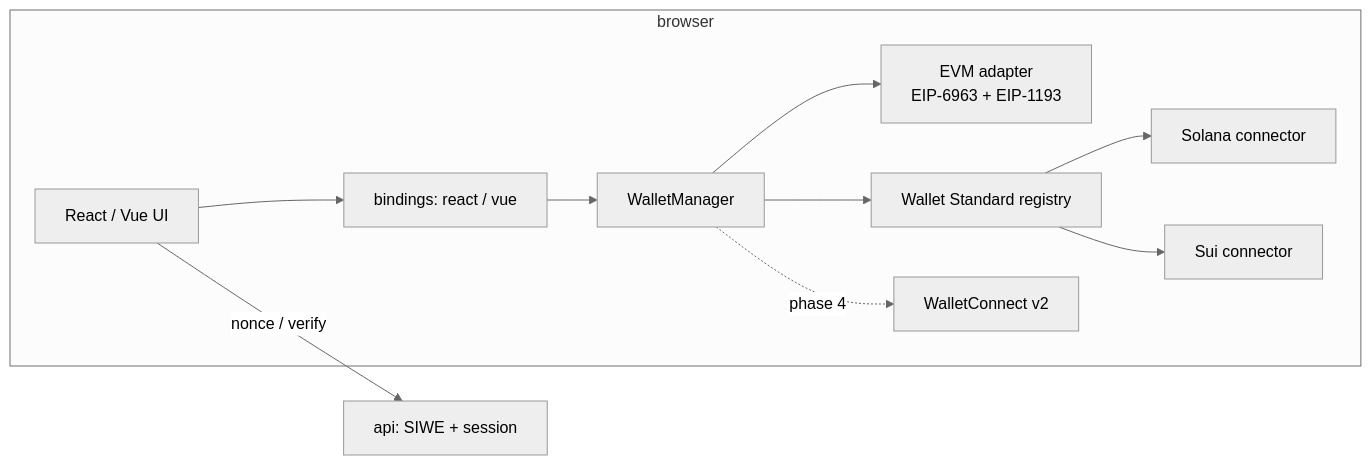
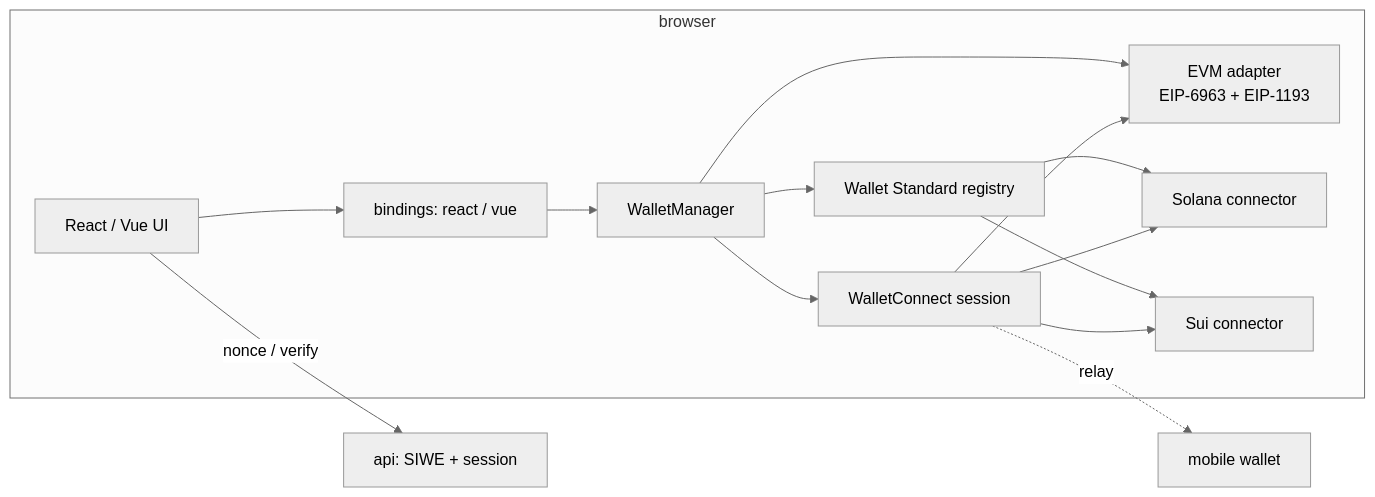
Before and after one commit to KuliyevMerdan/omnimarket: the diagram in README.md, drawn with Mermaid (neutral theme). The commit also changed other lines of this file and 47 other files, not shown here.

First line of the commit message:
Phase 4: WalletConnect v2 over one multi-namespace session, PWA

````diff
--- a/README.md
+++ b/README.md
@@ -34,13 +37,17 @@
 ```mermaid
 flowchart LR
   subgraph browser
     UI[React / Vue UI] --> B[bindings: react / vue]
     B --> M[WalletManager]
     M --> EVM[EVM adapter<br/>EIP-6963 + EIP-1193]
     M --> WS[Wallet Standard registry]
     WS --> SOL[Solana connector]
     WS --> SUI[Sui connector]
-    M -. phase 4 .-> WC[WalletConnect v2]
+    M --> WC[WalletConnect session]
+    WC --> EVM
+    WC --> SOL
+    WC --> SUI
   end
+  WC -. relay .-> PHONE[mobile wallet]
   UI -- nonce / verify --> API[api: SIWE + session]
 ```
````
